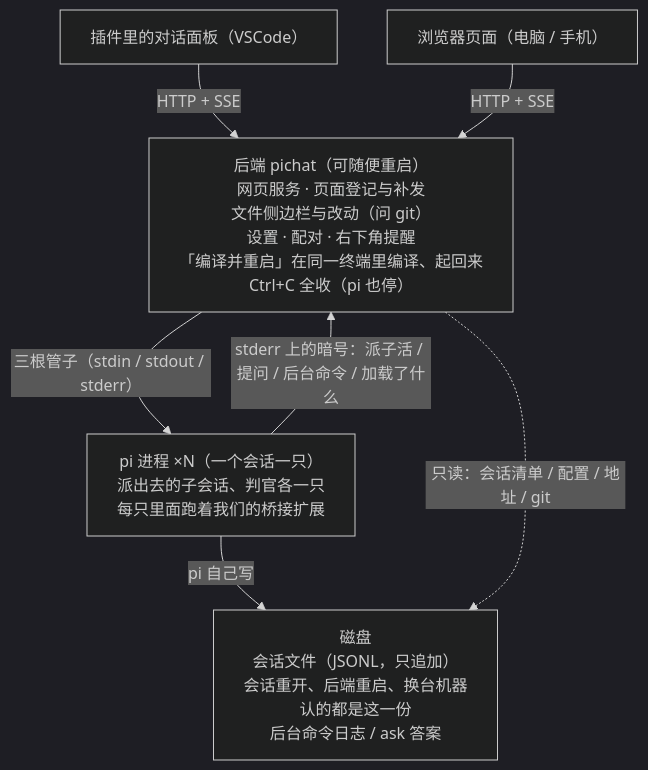
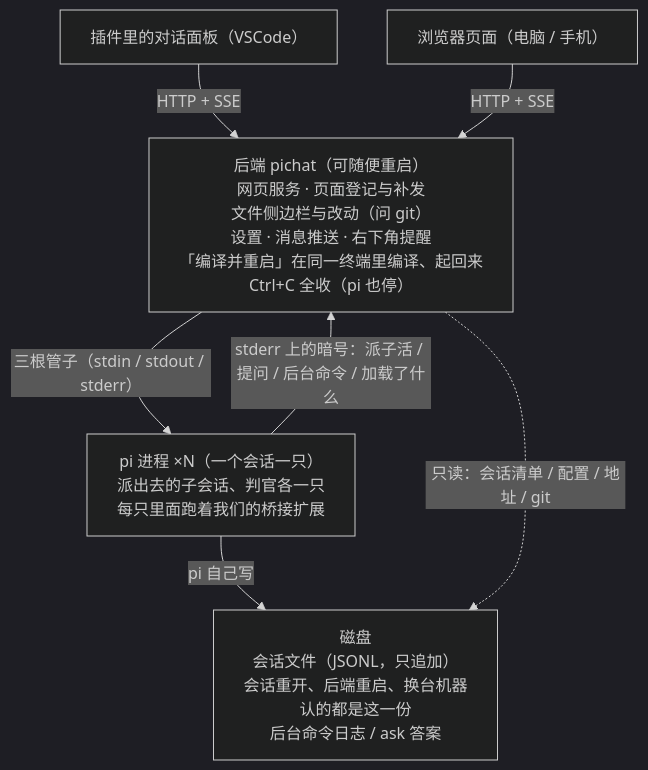
One commit to kexul/picode changed the diagram in README.md. Above: the diagram before and after it, drawn with Mermaid (dark theme). The commit also changed 12 other files, not shown here.

````diff
--- a/README.md
+++ b/README.md
@@ -5,19 +5,19 @@
 ```mermaid
 %%{init: {"flowchart": {"wrappingWidth": 420}}}%%
 flowchart TD
     Panel["插件里的对话面板（VSCode）"]
     Page["浏览器页面（电脑 / 手机）"]
 
-    Backend["后端 pichat（可随便重启）<br/>网页服务 · 页面登记与补发<br/>文件侧边栏与改动（问 git）<br/>设置 · 配对 · 右下角提醒<br/>「编译并重启」在同一终端里编译、起回来<br/>Ctrl+C 全收（pi 也停）"]
+    Backend["后端 pichat（可随便重启）<br/>网页服务 · 页面登记与补发<br/>文件侧边栏与改动（问 git）<br/>设置 · 消息推送 · 右下角提醒<br/>「编译并重启」在同一终端里编译、起回来<br/>Ctrl+C 全收（pi 也停）"]
 
     Pi["pi 进程 ×N（一个会话一只）<br/>派出去的子会话、判官各一只<br/>每只里面跑着我们的桥接扩展"]
 
     Disk["磁盘<br/>会话文件（JSONL，只追加）<br/>会话重开、后端重启、换台机器<br/>认的都是这一份<br/>后台命令日志 / ask 答案"]
 
     Panel -->|"HTTP + SSE"| Backend
     Page -->|"HTTP + SSE"| Backend
     Backend -->|"三根管子（stdin / stdout / stderr）"| Pi
     Pi -->|"stderr 上的暗号：派子活 / 提问 / 后台命令 / 加载了什么"| Backend
     Pi -->|"pi 自己写"| Disk
     Backend -.->|"只读：会话清单 / 配置 / 地址 / git"| Disk
 ```
````
